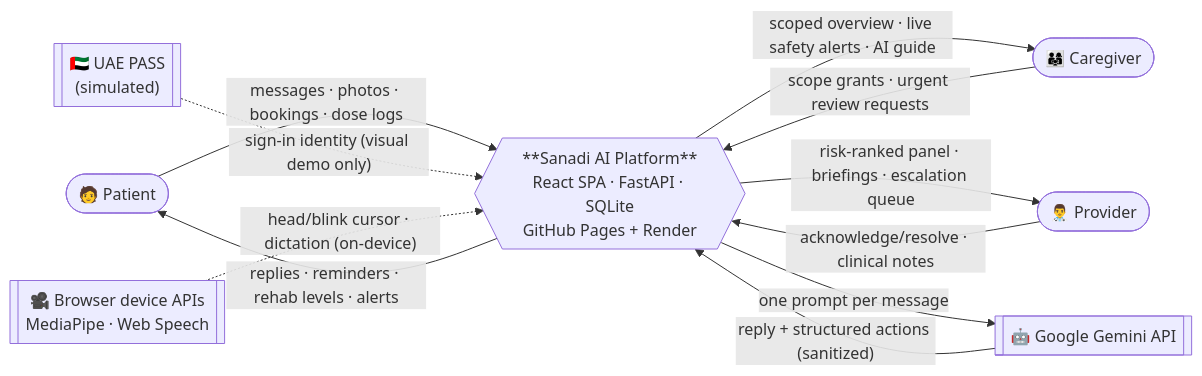
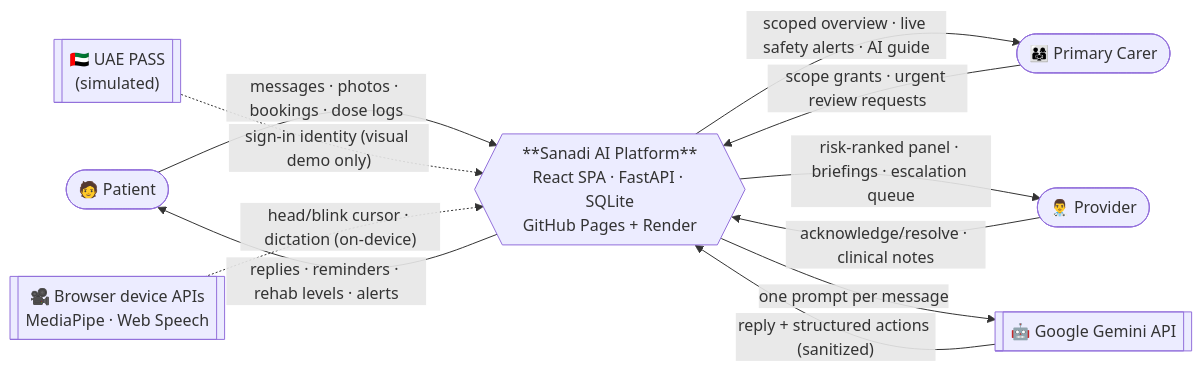
The sixth of 8 diagrams in docs/DESIGN.md (KhadejaAhmedKZ/Sanadi-AI), drawn with Mermaid before and after one commit. The commit also changed other lines of this file and 19 other files, not shown here.

````diff
--- a/docs/DESIGN.md
+++ b/docs/DESIGN.md
@@ -230,22 +230,22 @@
 ```mermaid
 flowchart LR
     P(["🧑 Patient"])
-    C(["👨‍👩‍👧 Caregiver"])
+    C(["👨‍👩‍👧 Primary Carer"])
     D(["👨‍⚕️ Provider"])
     G[["🤖 Google Gemini API"]]
     U[["🇦🇪 UAE PASS<br/>(simulated)"]]
     B[["🎥 Browser device APIs<br/>MediaPipe · Web Speech"]]
 
     S{{"**Sanadi AI Platform**<br/>React SPA · FastAPI · SQLite<br/>GitHub Pages + Render"}}
 
     P -- "messages · photos · bookings · dose logs" --> S
     S -- "replies · reminders · rehab levels · alerts" --> P
     C -- "scope grants · urgent review requests" --> S
     S -- "scoped overview · live safety alerts · AI guide" --> C
     D -- "acknowledge/resolve · clinical notes" --> S
     S -- "risk-ranked panel · briefings · escalation queue" --> D
     S -- "one prompt per message" --> G
     G -- "reply + structured actions (sanitized)" --> S
     U -. "sign-in identity (visual demo only)" .-> S
     B -. "head/blink cursor · dictation (on-device)" .-> S
 ```
````
